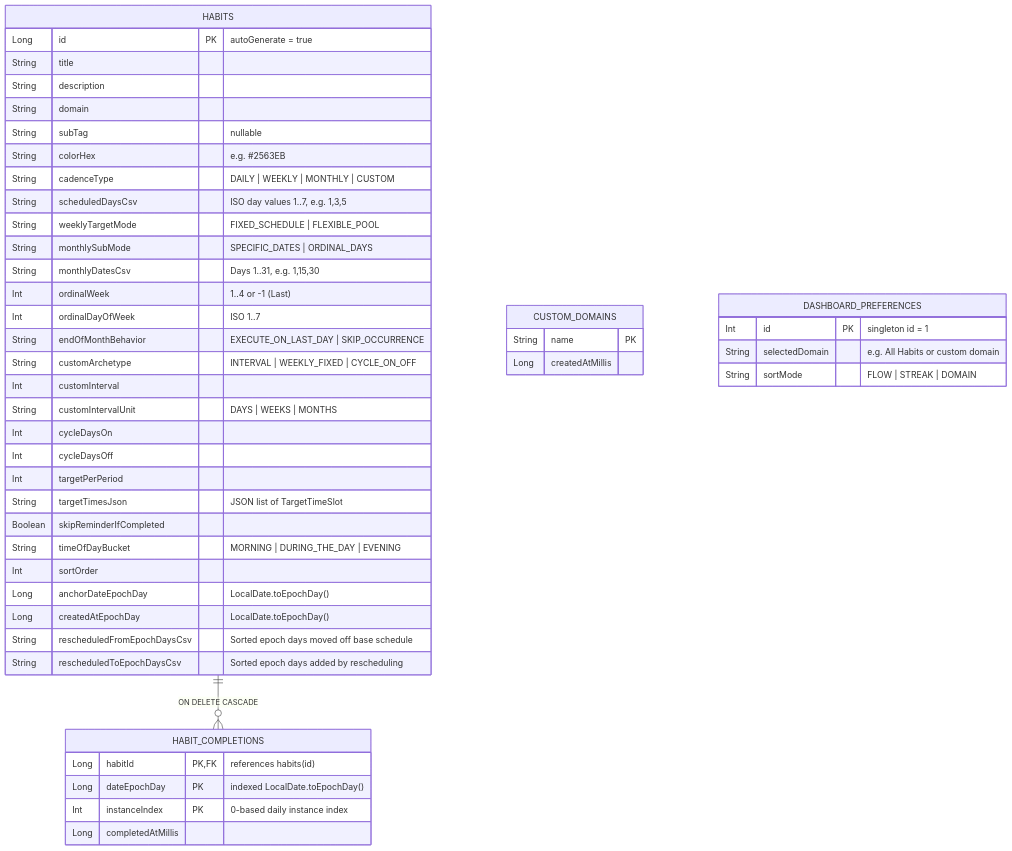
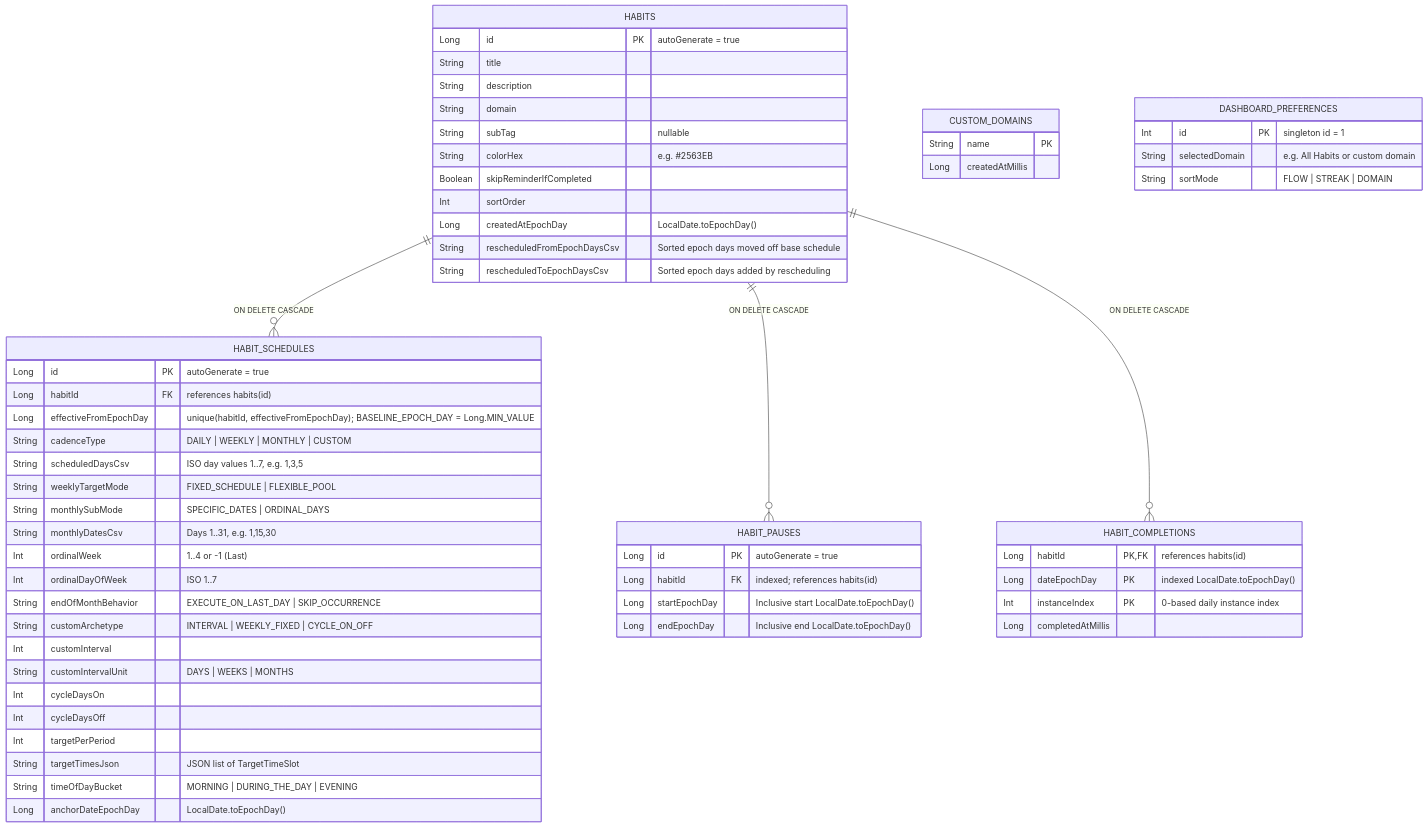
One commit to Vlad2000Andrei/rhythm changed the first of 2 diagrams in docs/persistence-and-reminders.md. Above: the diagram before and after it, drawn with Mermaid. The commit also changed other lines of this file and 36 other files, not shown here.

First line of the commit message:
Add effective-dated habit edits, modular Room v5 schema, and habit pausing

````diff
--- a/docs/persistence-and-reminders.md
+++ b/docs/persistence-and-reminders.md
@@ -11,53 +11,68 @@
 ```mermaid
 erDiagram
+    HABITS ||--o{ HABIT_SCHEDULES : "ON DELETE CASCADE"
+    HABITS ||--o{ HABIT_PAUSES : "ON DELETE CASCADE"
     HABITS ||--o{ HABIT_COMPLETIONS : "ON DELETE CASCADE"
 
     HABITS {
         Long id PK "autoGenerate = true"
         String title
         String description
         String domain
         String subTag "nullable"
         String colorHex "e.g. #2563EB"
+        Boolean skipReminderIfCompleted
+        Int sortOrder
+        Long createdAtEpochDay "LocalDate.toEpochDay()"
+        String rescheduledFromEpochDaysCsv "Sorted epoch days moved off base schedule"
+        String rescheduledToEpochDaysCsv "Sorted epoch days added by rescheduling"
+    }
+
+    HABIT_SCHEDULES {
+        Long id PK "autoGenerate = true"
+        Long habitId FK "references habits(id)"
+        Long effectiveFromEpochDay "unique(habitId, effectiveFromEpochDay); BASELINE_EPOCH_DAY = Long.MIN_VALUE"
         String cadenceType "DAILY | WEEKLY | MONTHLY | CUSTOM"
         String scheduledDaysCsv "ISO day values 1..7, e.g. 1,3,5"
         String weeklyTargetMode "FIXED_SCHEDULE | FLEXIBLE_POOL"
         String monthlySubMode "SPECIFIC_DATES | ORDINAL_DAYS"
         String monthlyDatesCsv "Days 1..31, e.g. 1,15,30"
         Int ordinalWeek "1..4 or -1 (Last)"
         Int ordinalDayOfWeek "ISO 1..7"
         String endOfMonthBehavior "EXECUTE_ON_LAST_DAY | SKIP_OCCURRENCE"
         String customArchetype "INTERVAL | WEEKLY_FIXED | CYCLE_ON_OFF"
         Int customInterval
         String customIntervalUnit "DAYS | WEEKS | MONTHS"
         Int cycleDaysOn
         Int cycleDaysOff
         Int targetPerPeriod
         String targetTimesJson "JSON list of TargetTimeSlot"
-        Boolean skipReminderIfCompleted
         String timeOfDayBucket "MORNING | DURING_THE_DAY | EVENING"
-        Int sortOrder
         Long anchorDateEpochDay "LocalDate.toEpochDay()"
-        Long createdAtEpochDay "LocalDate.toEpochDay()"
-        String rescheduledFromEpochDaysCsv "Sorted epoch days moved off base schedule"
-        String rescheduledToEpochDaysCsv "Sorted epoch days added by rescheduling"
+    }
+
+    HABIT_PAUSES {
+        Long id PK "autoGenerate = true"
+        Long habitId FK "indexed; references habits(id)"
+        Long startEpochDay "Inclusive start LocalDate.toEpochDay()"
+        Long endEpochDay "Inclusive end LocalDate.toEpochDay()"
     }
 
     HABIT_COMPLETIONS {
         Long habitId PK, FK "references habits(id)"
         Long dateEpochDay PK "indexed LocalDate.toEpochDay()"
         Int instanceIndex PK "0-based daily instance index"
         Long completedAtMillis
     }
 
     CUSTOM_DOMAINS {
         String name PK
         Long createdAtMillis
     }
 
     DASHBOARD_PREFERENCES {
         Int id PK "singleton id = 1"
         String selectedDomain "e.g. All Habits or custom domain"
         String sortMode "FLOW | STREAK | DOMAIN"
     }
 ```
````
